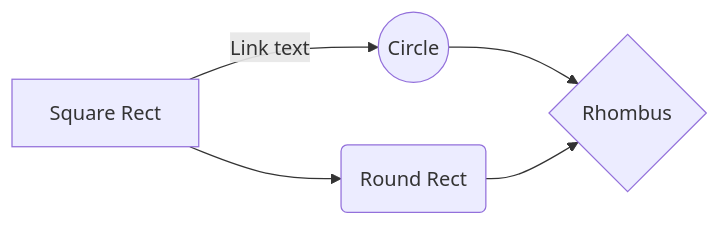
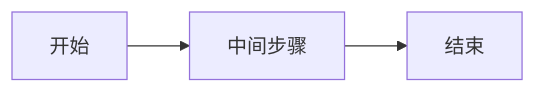
One commit to leovewc/hexo changed the first of 2 diagrams in source/_posts/software-enginnering/24/programming-elective.md. Above: the diagram before and after it, drawn with Mermaid.

````diff
--- a/source/_posts/software-enginnering/24/programming-elective.md
+++ b/source/_posts/software-enginnering/24/programming-elective.md
@@ -10,8 +10,6 @@
 ```mermaid
 graph LR
-    A["Square Rect"] -- Link text --> B(("Circle"))
-    A --> C("Round Rect")
-    B --> D{Rhombus}
-    C --> D
+    A[开始] --> B[中间步骤]
+    B --> C[结束]
 
 ```
````
